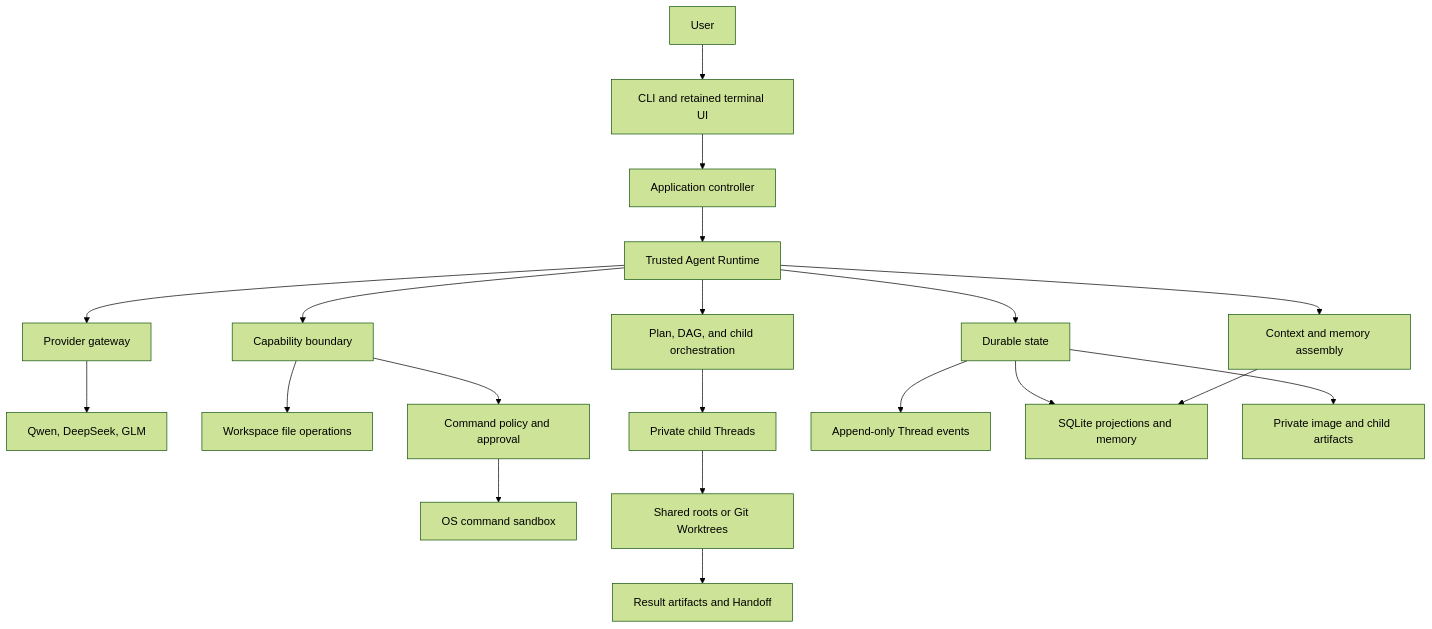
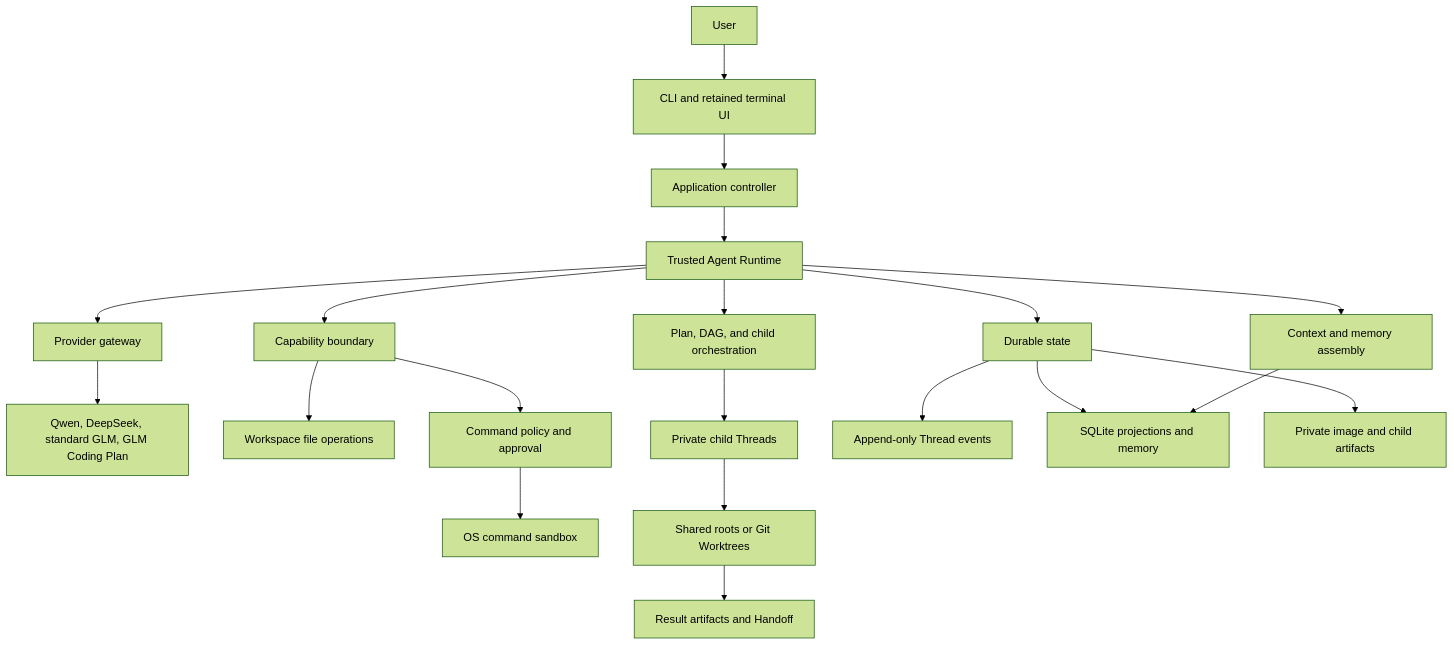
One commit to dd1000001000/EASY_CODE changed the diagram in docs/TECHNICAL_DESIGN.md. Above: the diagram before and after it, drawn with Mermaid (forest theme). The commit also changed other lines of this file and 48 other files, not shown here.

Commit message:
feat(plan): now support glm coding plan

````diff
--- a/docs/TECHNICAL_DESIGN.md
+++ b/docs/TECHNICAL_DESIGN.md
@@ -49,25 +49,25 @@
 ```mermaid
 flowchart TB
     User[User] --> UI[CLI and retained terminal UI]
     UI --> App[Application controller]
     App --> Runtime[Trusted Agent Runtime]
 
     Runtime --> Context[Context and memory assembly]
     Runtime --> Provider[Provider gateway]
     Runtime --> Tools[Capability boundary]
     Runtime --> Orchestration[Plan, DAG, and child orchestration]
     Runtime --> State[Durable state]
 
-    Provider --> APIs[Qwen, DeepSeek, GLM]
+    Provider --> APIs[Qwen, DeepSeek, standard GLM, GLM Coding Plan]
     Tools --> Files[Workspace file operations]
     Tools --> Commands[Command policy and approval]
     Commands --> Sandbox[OS command sandbox]
     Orchestration --> Children[Private child Threads]
     Children --> Environments[Shared roots or Git Worktrees]
     Environments --> Artifacts[Result artifacts and Handoff]
 
     State --> Journal[Append-only Thread events]
     State --> Database[SQLite projections and memory]
     State --> Binary[Private image and child artifacts]
     Context --> Database
 ```
````
